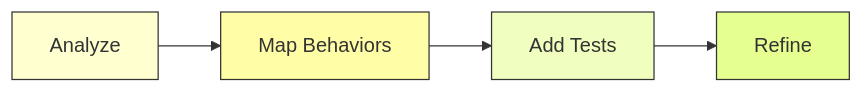
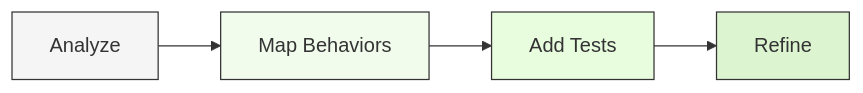
Before and after one commit to oppia/oppia-android: the second of 7 diagrams in wiki/Writing-tests-with-good-behavioural-coverage.md, drawn with Mermaid. The commit also changed other lines of this file, not shown here.

Commit message:
Common color codes for all graph illustrations

````diff
--- a/wiki/Writing-tests-with-good-behavioural-coverage.md
+++ b/wiki/Writing-tests-with-good-behavioural-coverage.md
@@ -846,12 +846,12 @@
 ```mermaid
 graph LR
     A[Analyze] --> B[Map Behaviors]
     B --> C[Add Tests]
     C --> D[Refine]
 
-    style A fill:#ffffcf,stroke:#333,stroke-width:1px
-    style B fill:#fffea6,stroke:#333,stroke-width:1px
-    style C fill:#f0ffbf,stroke:#333,stroke-width:1px
-    style D fill:#e5ff91,stroke:#333,stroke-width:1px
+    style A fill:#f5f5f5,stroke:#333,stroke-width:1px
+    style B fill:#f2fced,stroke:#333,stroke-width:1px
+    style C fill:#e8fcde,stroke:#333,stroke-width:1px
+    style D fill:#dcf5d0,stroke:#333,stroke-width:1px
 
 ```
````
